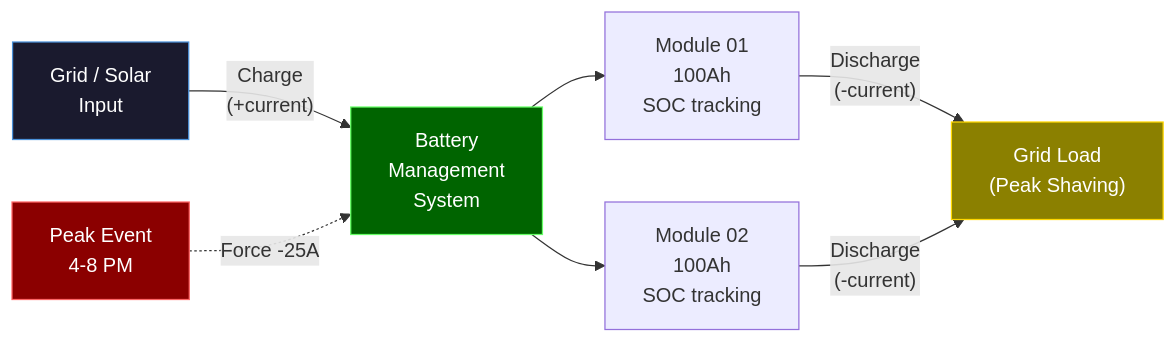
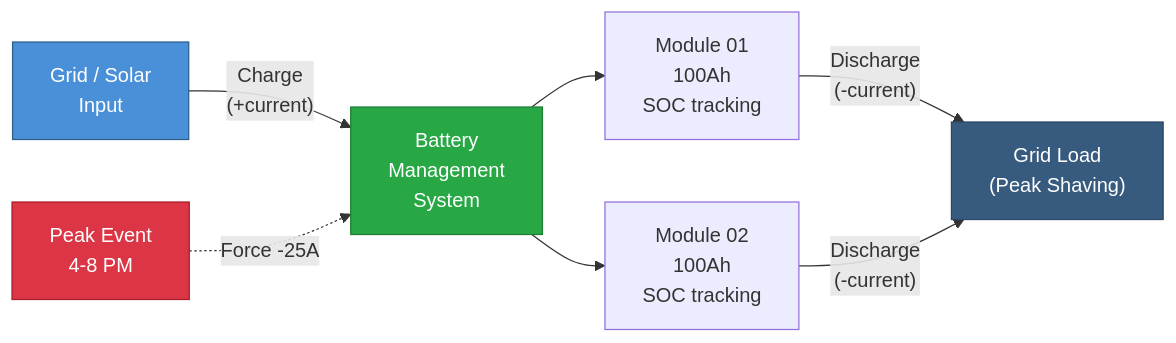
The third of 3 diagrams in docs/simulation/patterns/energy_utilities.md (henryodibi11/Odibi), drawn with Mermaid before and after one commit. The commit also changed other lines of this file and 7 other files, not shown here.

First line of the commit message:
Fix mermaid diagram colors for readability across all 26 diagrams

````diff
--- a/docs/simulation/patterns/energy_utilities.md
+++ b/docs/simulation/patterns/energy_utilities.md
@@ -511,15 +511,15 @@
 ```mermaid
 flowchart LR
     GRID["Grid / Solar\nInput"] -->|"Charge\n(+current)"| BMS["Battery\nManagement\nSystem"]
     BMS --> M1["Module 01\n100Ah\nSOC tracking"]
     BMS --> M2["Module 02\n100Ah\nSOC tracking"]
     M1 -->|"Discharge\n(-current)"| LOAD["Grid Load\n(Peak Shaving)"]
     M2 -->|"Discharge\n(-current)"| LOAD
 
     PEAK["Peak Event\n4-8 PM"] -.->|"Force -25A"| BMS
 
-    style BMS fill:#006400,stroke:#66ff66,color:#ffffff
-    style PEAK fill:#8B0000,stroke:#ff6666,color:#ffffff
-    style GRID fill:#1a1a2e,stroke:#4a90d9,color:#ffffff
-    style LOAD fill:#8B8000,stroke:#FFD700,color:#ffffff
+    style BMS fill:#28a745,stroke:#1e7e34,color:#ffffff
+    style PEAK fill:#dc3545,stroke:#a71d2a,color:#ffffff
+    style GRID fill:#4a90d9,stroke:#2c5f8a,color:#ffffff
+    style LOAD fill:#375a7f,stroke:#2c4866,color:#ffffff
 ```
````
